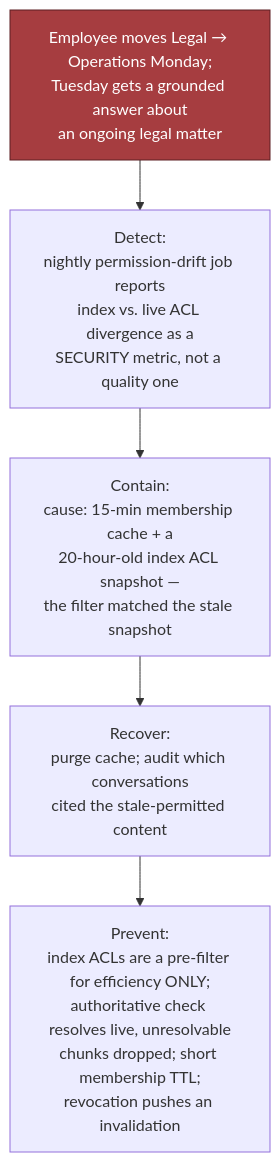
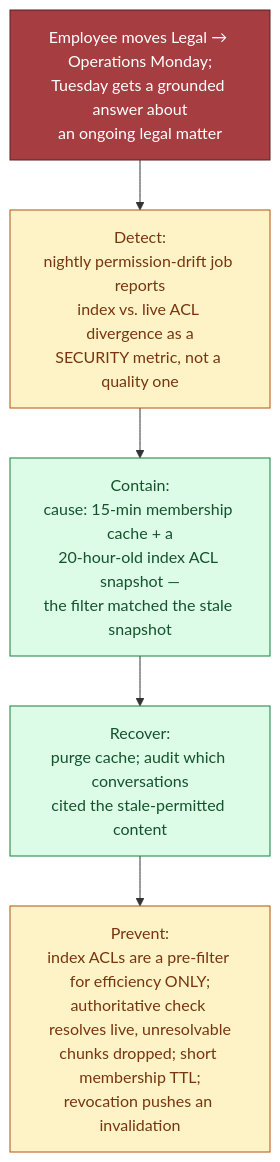
The fourth of 5 diagrams in 02_System_Design_Case_Studies/Standalone_Designs/26_Enterprise_Chatbot_Platform/3_Tutorial/26_Tutorial_Part_3.md (Sourav692/Forward-Deployed-Engineer-Interview-Prep), drawn with Mermaid before and after one commit. The commit also changed other lines of this file and 1268 other files, not shown here.

First line of the commit message:
content: polish Casebook writing and Mermaid diagrams (#251)

````diff
--- a/02_System_Design_Case_Studies/Standalone_Designs/26_Enterprise_Chatbot_Platform/3_Tutorial/26_Tutorial_Part_3.md
+++ b/02_System_Design_Case_Studies/Standalone_Designs/26_Enterprise_Chatbot_Platform/3_Tutorial/26_Tutorial_Part_3.md
@@ -239,8 +265,14 @@
 ```mermaid
 flowchart TD
     A["Employee moves Legal → Operations Monday;\nTuesday gets a grounded answer about\nan ongoing legal matter"] --> B["Detect:\nnightly permission-drift job reports\nindex vs. live ACL divergence as a\nSECURITY metric, not a quality one"]
     B --> C["Contain:\ncause: 15-min membership cache + a\n20-hour-old index ACL snapshot —\nthe filter matched the stale snapshot"]
     C --> D["Recover:\npurge cache; audit which conversations\ncited the stale-permitted content"]
     D --> E["Prevent:\nindex ACLs are a pre-filter for efficiency ONLY;\nauthoritative check resolves live, unresolvable\nchunks dropped; short membership TTL;\nrevocation pushes an invalidation"]
     style A fill:#a63d40,stroke:#5c1f22,color:#fff
+
+    %% Casebook colours: entry, reasoning, results, controls, and stopped paths.
+    classDef cbAction fill:#dcfce7,stroke:#15803d,color:#14532d
+    class A,C,D cbAction
+    classDef cbPolicy fill:#fef3c7,stroke:#b45309,color:#78350f
+    class B,E cbPolicy
 ```
````
